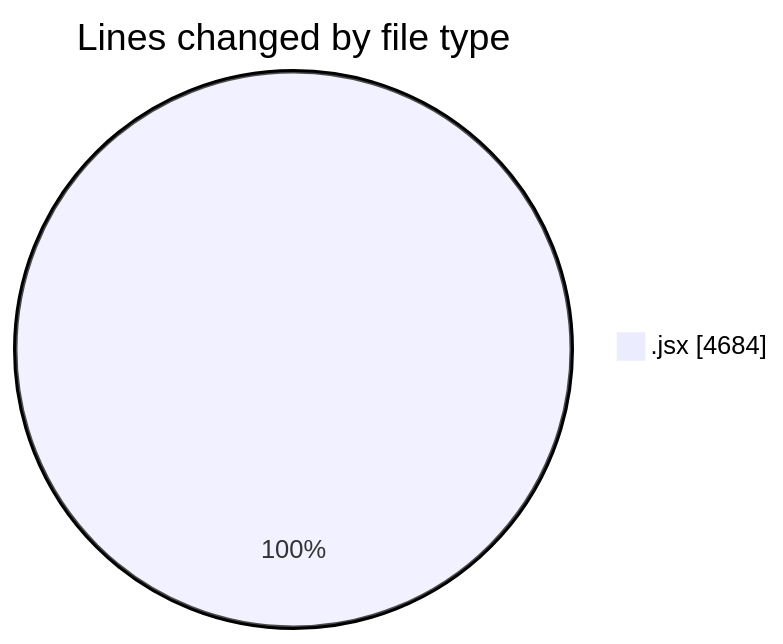
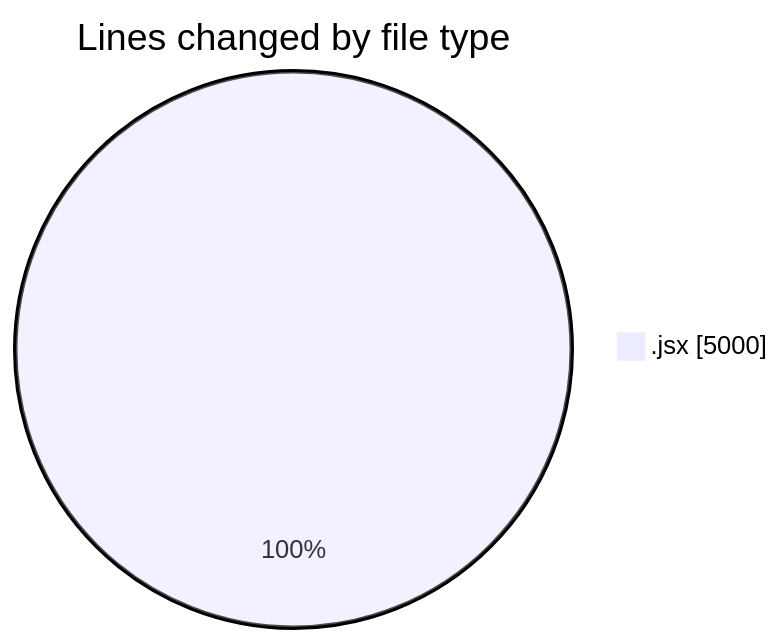
Before and after one commit to nxtqubesakshisongat/code-tracking: the first of 2 diagrams in 2025-05-13/argos-dev/README.md, drawn with Mermaid. The commit also changed other lines of this file and 1 other file, not shown here.

````diff
--- a/2025-05-13/argos-dev/README.md
+++ b/2025-05-13/argos-dev/README.md
@@ -26,5 +26,5 @@
 ```mermaid
 pie showData
 title Lines changed by file type
-".jsx" : 4684
+".jsx" : 5000
 ```
````
